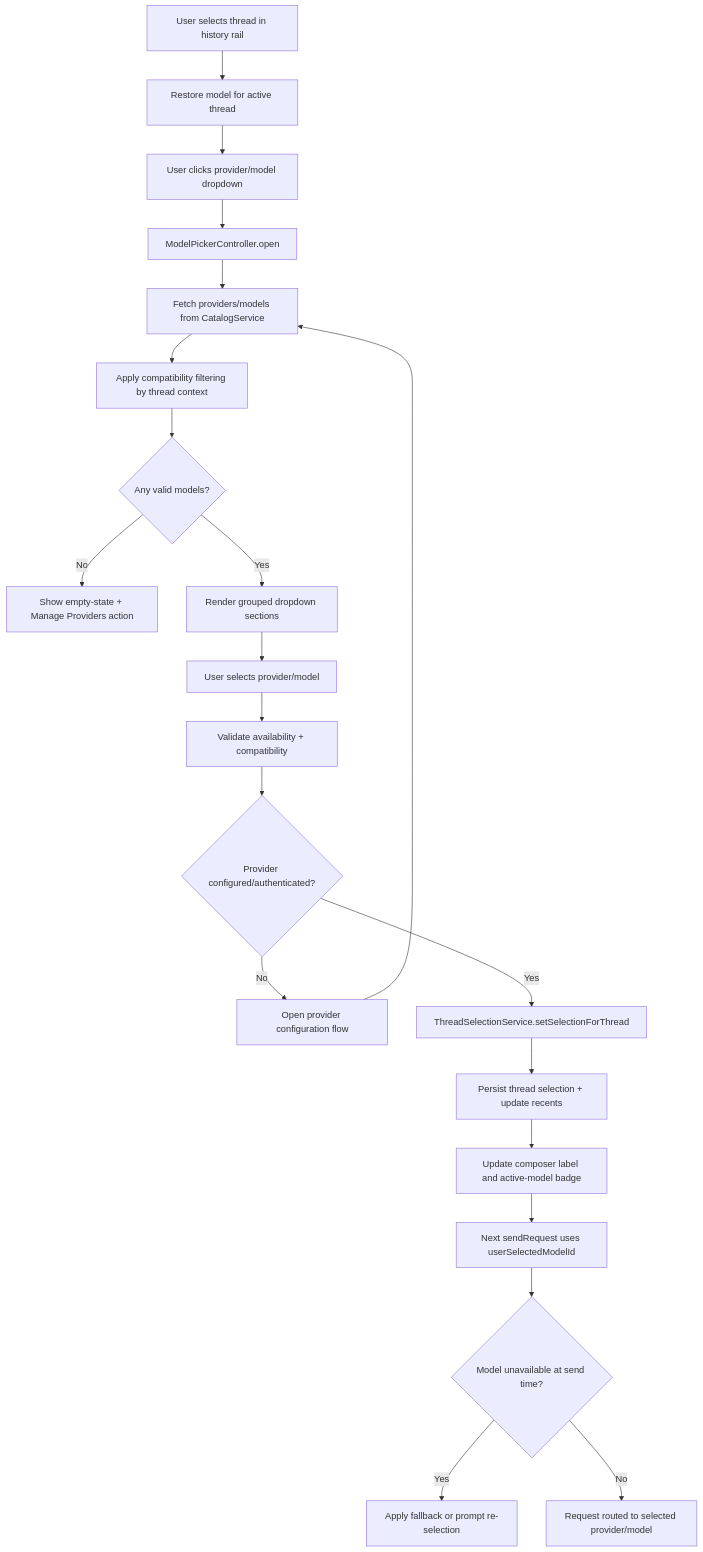
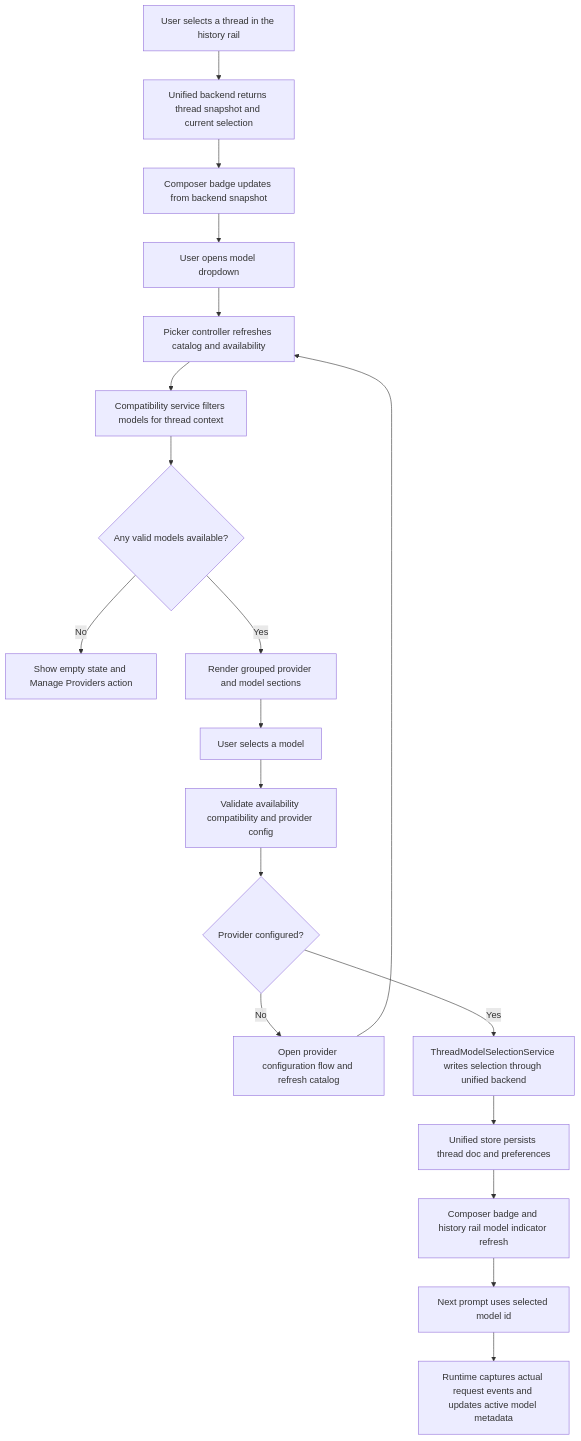
The diagram in cs485/diagrams/userstory3/flow-chart-1.mmd (BrandonHowe/cs485-llm-ide), drawn with Mermaid before and after one commit. The commit also changed 63 other files, not shown here.

```diff
--- a/cs485/diagrams/userstory3/flow-chart-1.mmd
+++ b/cs485/diagrams/userstory3/flow-chart-1.mmd
@@ -1,21 +1,19 @@
 flowchart TD
-  A[User selects thread in history rail] --> B[Restore model for active thread]
-  B --> C[User clicks provider/model dropdown]
-  C --> D[ModelPickerController.open]
-  D --> E[Fetch providers/models from CatalogService]
-  E --> F[Apply compatibility filtering by thread context]
-  F --> G{Any valid models?}
-  G -- No --> H[Show empty-state + Manage Providers action]
-  G -- Yes --> I[Render grouped dropdown sections]
-  I --> J[User selects provider/model]
-  J --> K[Validate availability + compatibility]
-  K --> L{Provider configured/authenticated?}
-  L -- No --> M[Open provider configuration flow]
+  A[User selects a thread in the history rail] --> B[Unified backend returns thread snapshot and current selection]
+  B --> C[Composer badge updates from backend snapshot]
+  C --> D[User opens model dropdown]
+  D --> E[Picker controller refreshes catalog and availability]
+  E --> F[Compatibility service filters models for thread context]
+  F --> G{Any valid models available?}
+  G -- No --> H[Show empty state and Manage Providers action]
+  G -- Yes --> I[Render grouped provider and model sections]
+  I --> J[User selects a model]
+  J --> K[Validate availability compatibility and provider config]
+  K --> L{Provider configured?}
+  L -- No --> M[Open provider configuration flow and refresh catalog]
   M --> E
-  L -- Yes --> N[ThreadSelectionService.setSelectionForThread]
-  N --> O[Persist thread selection + update recents]
-  O --> P[Update composer label and active-model badge]
-  P --> Q[Next sendRequest uses userSelectedModelId]
-  Q --> R{Model unavailable at send time?}
-  R -- Yes --> S[Apply fallback or prompt re-selection]
-  R -- No --> T[Request routed to selected provider/model]
+  L -- Yes --> N[ThreadModelSelectionService writes selection through unified backend]
+  N --> O[Unified store persists thread doc and preferences]
+  O --> P[Composer badge and history rail model indicator refresh]
+  P --> Q[Next prompt uses selected model id]
+  Q --> R[Runtime captures actual request events and updates active model metadata]
```
